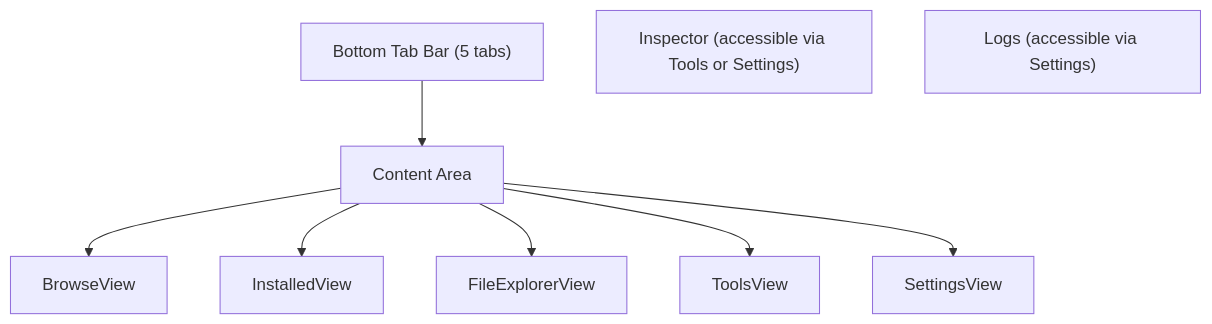
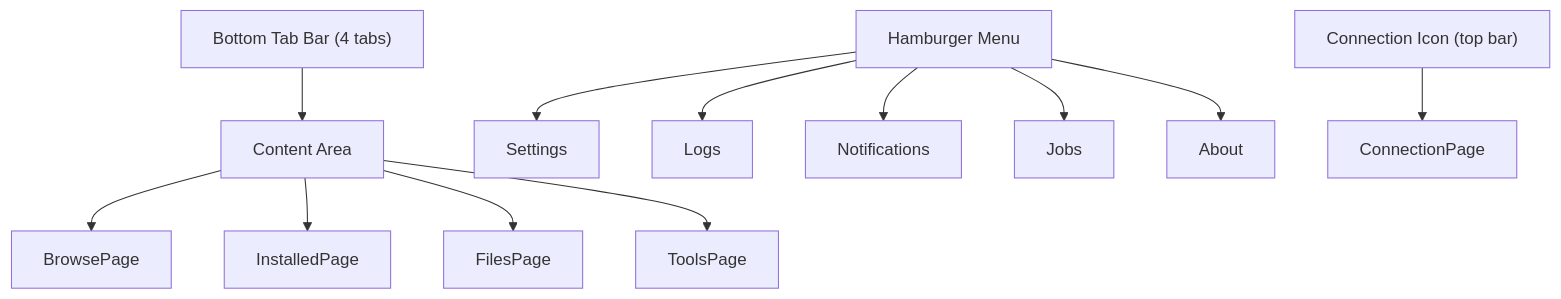
Before and after one commit to marcelofrau/xb-homebrew-vault: the fourth of 4 diagrams in docs/android/01-architecture.md, drawn with Mermaid. The commit also changed other lines of this file and 26 other files, not shown here.

First line of the commit message:
feat(android): splash + main shell with tabs, top bar, and safe area insets

````diff
--- a/docs/android/01-architecture.md
+++ b/docs/android/01-architecture.md
@@ -163,12 +163,16 @@
 ```mermaid
 graph TB
-    TabBar["Bottom Tab Bar (5 tabs)"] --> Content["Content Area"]
-    Content --> BV["BrowseView"]
-    Content --> IV["InstalledView"]
-    Content --> FE["FileExplorerView"]
-    Content --> TV["ToolsView"]
-    Content --> SV["SettingsView"]
+    TabBar["Bottom Tab Bar (4 tabs)"] --> Content["Content Area"]
+    Content --> BV["BrowsePage"]
+    Content --> IV["InstalledPage"]
+    Content --> FE["FilesPage"]
+    Content --> TV["ToolsPage"]
 
-    Inspector["Inspector (accessible via Tools or Settings)"]
-    Logs["Logs (accessible via Settings)"]
+    Hamburger["Hamburger Menu"] --> Settings["Settings"]
+    Hamburger --> Logs["Logs"]
+    Hamburger --> Notifications["Notifications"]
+    Hamburger --> Jobs["Jobs"]
+    Hamburger --> About["About"]
+
+    ConnectionIcon["Connection Icon (top bar)"] --> ConnectionPage["ConnectionPage"]
 ```
````
